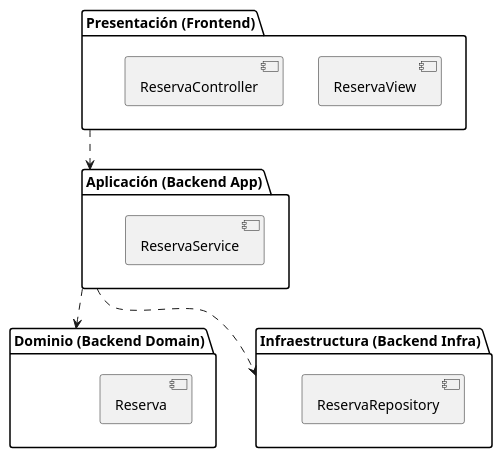
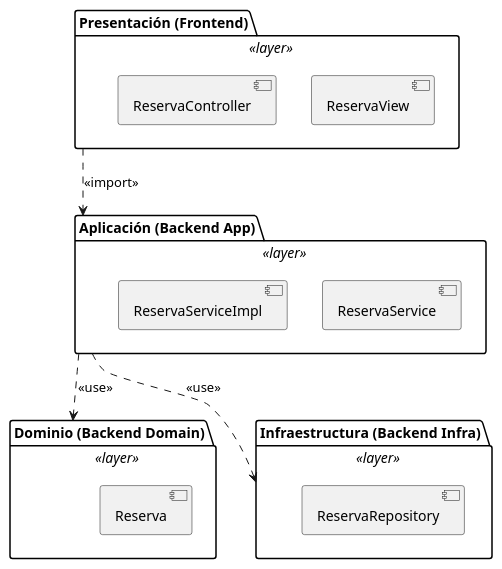
Before and after one commit to Tsmrain/GestionSistemas: the tenth of 36 diagrams in RefactorV4.md, drawn with PlantUML. The commit also changed other lines of this file and 1 other file, not shown here.

Commit message:
refactor: enhance UML diagrams with GRASP stereotypes, layer annotations, and updated sequence interactions.

````diff
--- a/RefactorV4.md
+++ b/RefactorV4.md
@@ -563,20 +620,21 @@
 ```plantuml
 @startuml
-package "Presentación (Frontend)" {
+package "Presentación (Frontend)" <<layer>> {
   [ReservaView]
   [ReservaController]
 }
-package "Aplicación (Backend App)" {
+package "Aplicación (Backend App)" <<layer>> {
   [ReservaService]
+  [ReservaServiceImpl]
 }
-package "Dominio (Backend Domain)" {
+package "Dominio (Backend Domain)" <<layer>> {
   [Reserva]
 }
-package "Infraestructura (Backend Infra)" {
+package "Infraestructura (Backend Infra)" <<layer>> {
   [ReservaRepository]
 }
-[Presentación (Frontend)] ..> [Aplicación (Backend App)]
-[Aplicación (Backend App)] ..> [Dominio (Backend Domain)]
-[Aplicación (Backend App)] ..> [Infraestructura (Backend Infra)]
+"Presentación (Frontend)" ..> "Aplicación (Backend App)" : <<import>>
+"Aplicación (Backend App)" ..> "Dominio (Backend Domain)" : <<use>>
+"Aplicación (Backend App)" ..> "Infraestructura (Backend Infra)" : <<use>>
 @enduml
 ```
````
